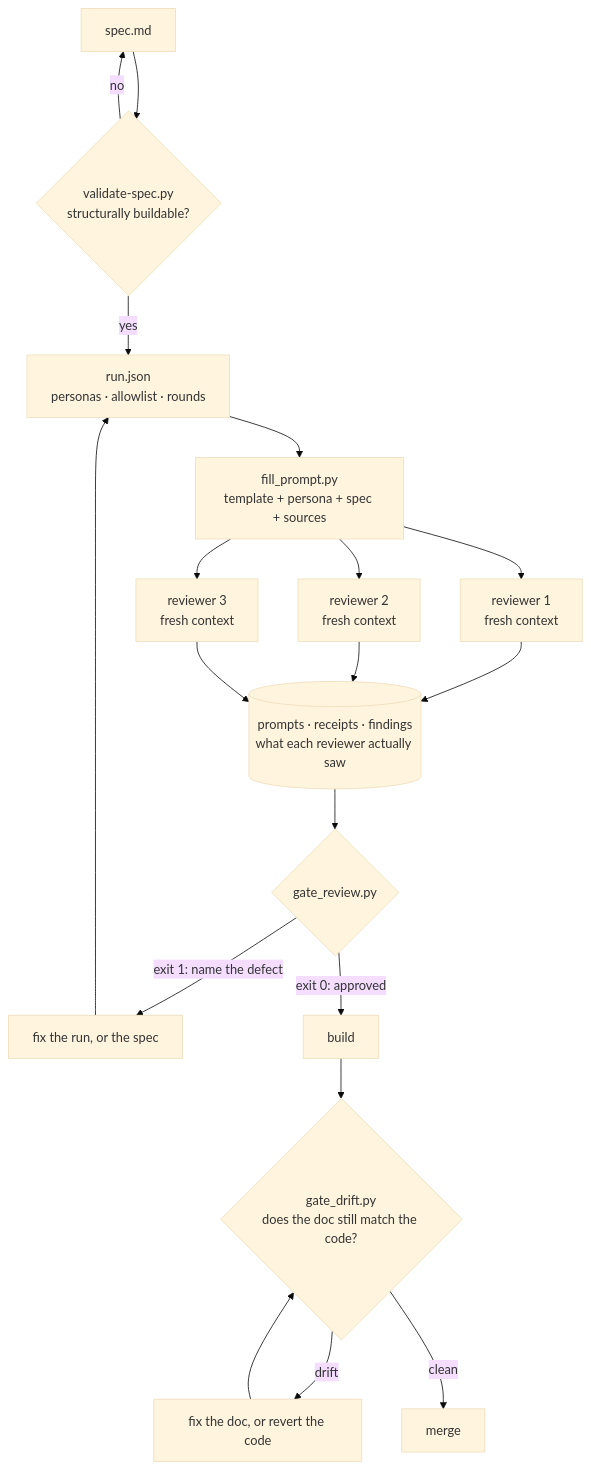
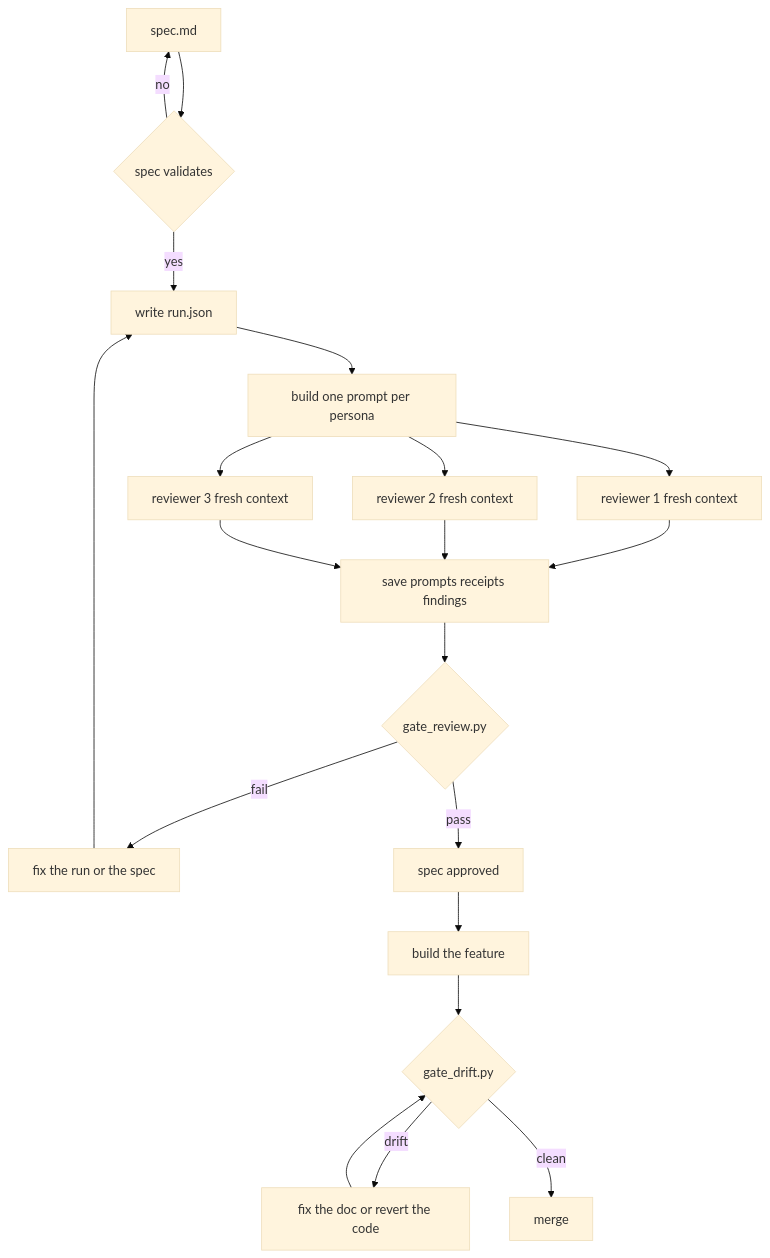
Before and after one commit to dandrok/design-gate: the diagram in README.md, drawn with Mermaid (base theme). The commit also changed other lines of this file and 1 other file, not shown here.

First line of the commit message:
README: drop the competitor comparison, simplify the diagram

````diff
--- a/README.md
+++ b/README.md
@@ -54,21 +54,22 @@
 ```mermaid
 flowchart TD
-    S["spec.md"] --> V{"validate-spec.py<br/>structurally buildable?"}
-    V -->|"no"| S
-    V -->|"yes"| R["run.json<br/>personas · allowlist · rounds"]
-    R --> P["fill_prompt.py<br/>template + persona + spec + sources"]
-    P --> A1["reviewer 1<br/>fresh context"]
-    P --> A2["reviewer 2<br/>fresh context"]
-    P --> A3["reviewer 3<br/>fresh context"]
-    A1 --> ART[("prompts · receipts · findings<br/>what each reviewer actually saw")]
-    A2 --> ART
-    A3 --> ART
-    ART --> G{"gate_review.py"}
-    G -->|"exit 1: name the defect"| FIX["fix the run, or the spec"]
-    FIX --> R
-    G -->|"exit 0: approved"| B["build"]
-    B --> DR{"gate_drift.py<br/>does the doc still match the code?"}
-    DR -->|"drift"| X["fix the doc, or revert the code"]
-    X --> DR
-    DR -->|"clean"| M["merge"]
+    A[spec.md] --> B{spec validates}
+    B -->|no| A
+    B -->|yes| C[write run.json]
+    C --> D[build one prompt per persona]
+    D --> E1[reviewer 1 fresh context]
+    D --> E2[reviewer 2 fresh context]
+    D --> E3[reviewer 3 fresh context]
+    E1 --> F[save prompts receipts findings]
+    E2 --> F
+    E3 --> F
+    F --> G{gate_review.py}
+    G -->|fail| H[fix the run or the spec]
+    H --> C
+    G -->|pass| I[spec approved]
+    I --> J[build the feature]
+    J --> K{gate_drift.py}
+    K -->|drift| L[fix the doc or revert the code]
+    L --> K
+    K -->|clean| M[merge]
 ```
````
